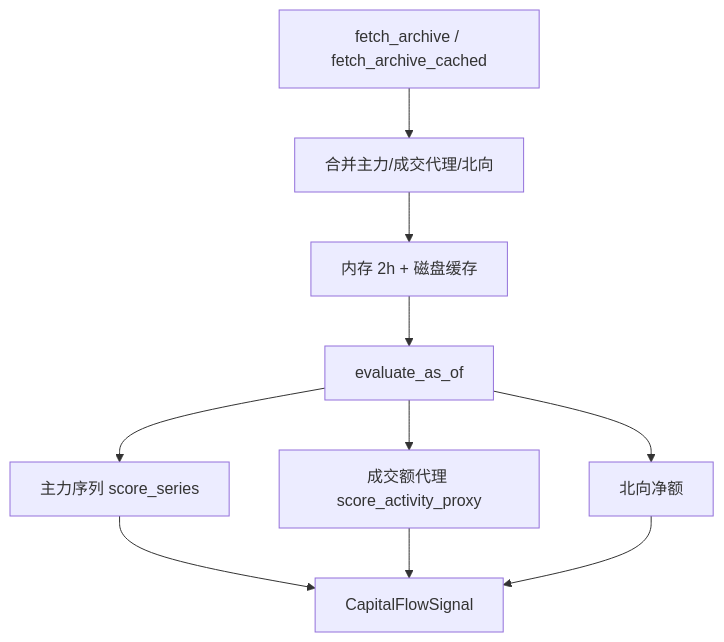
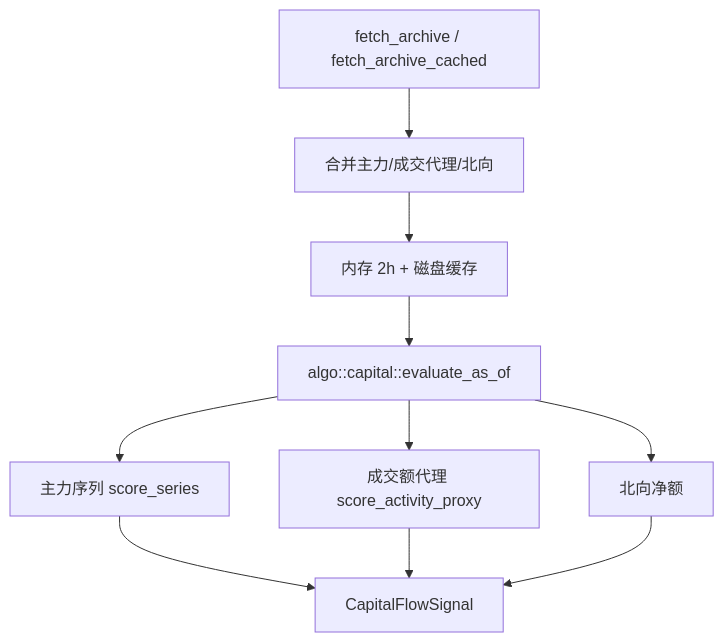
One commit to wuyanwen1997-wyw/stock-predict changed diagram 17 of 18 in docs/软件设计说明.md. Above: the diagram before and after it, drawn with Mermaid. The commit also changed other lines of this file and 10 other files, not shown here.

````diff
--- a/docs/软件设计说明.md
+++ b/docs/软件设计说明.md
@@ -476,10 +544,10 @@
 ```mermaid
 flowchart TB
     FA[fetch_archive / fetch_archive_cached] --> MERGE[合并主力/成交代理/北向]
     MERGE --> CACHE[内存 2h + 磁盘缓存]
-    CACHE --> EV[evaluate_as_of]
+    CACHE --> EV[algo::capital::evaluate_as_of]
     EV --> P1[主力序列 score_series]
     EV --> P2[成交额代理 score_activity_proxy]
     EV --> P3[北向净额]
     P1 & P2 & P3 --> SIG[CapitalFlowSignal]
 ```
````
